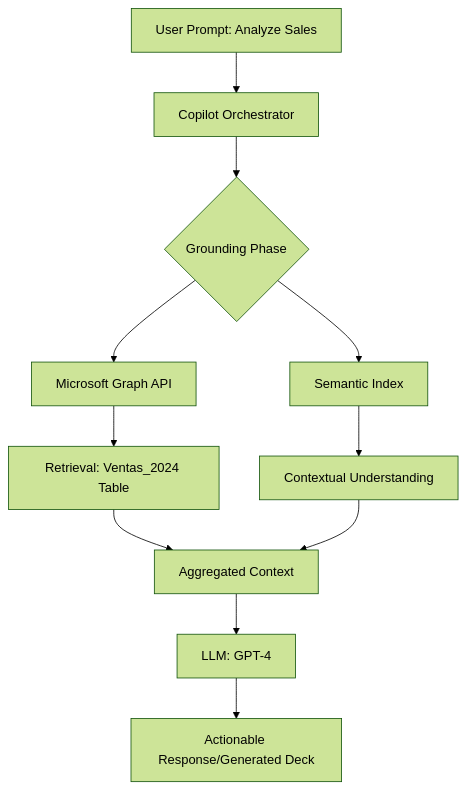
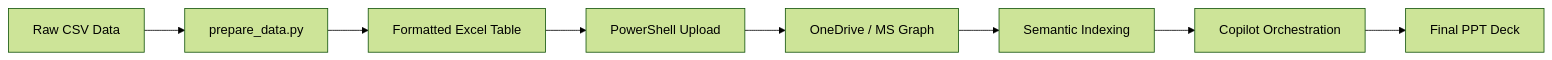
One commit to LuciaCode/executive-reporting-automation changed the diagram in README.md. Above: the diagram before and after it, drawn with Mermaid (forest theme). The commit also changed other lines of this file, not shown here.

Commit message:
Revise README for clarity on project workflow
Updated the README to clarify the project overview and technical architecture, emphasizing the production-level workflow and the use of Microsoft 365 Copilot and Microsoft Graph.

````diff
--- a/README.md
+++ b/README.md
@@ -15,13 +16,10 @@
 ```mermaid
-graph TD
-    A[User Prompt: Analyze Sales] --> B[Copilot Orchestrator]
-    B --> C{Grounding Phase}
-    C --> D[Microsoft Graph API]
-    C --> E[Semantic Index]
-    D --> F[Retrieval: Ventas_2024 Table]
-    E --> G[Contextual Understanding]
-    F --> H[Aggregated Context]
-    G --> H
-    H --> I[LLM: GPT-4]
-    I --> J[Actionable Response/Generated Deck]
+graph LR
+    A[Raw CSV Data] --> B[prepare_data.py]
+    B --> C[Formatted Excel Table]
+    C --> D[PowerShell Upload]
+    D --> E[OneDrive / MS Graph]
+    E --> F[Semantic Indexing]
+    F --> G[Copilot Orchestration]
+    G --> H[Final PPT Deck]
 ```
````
